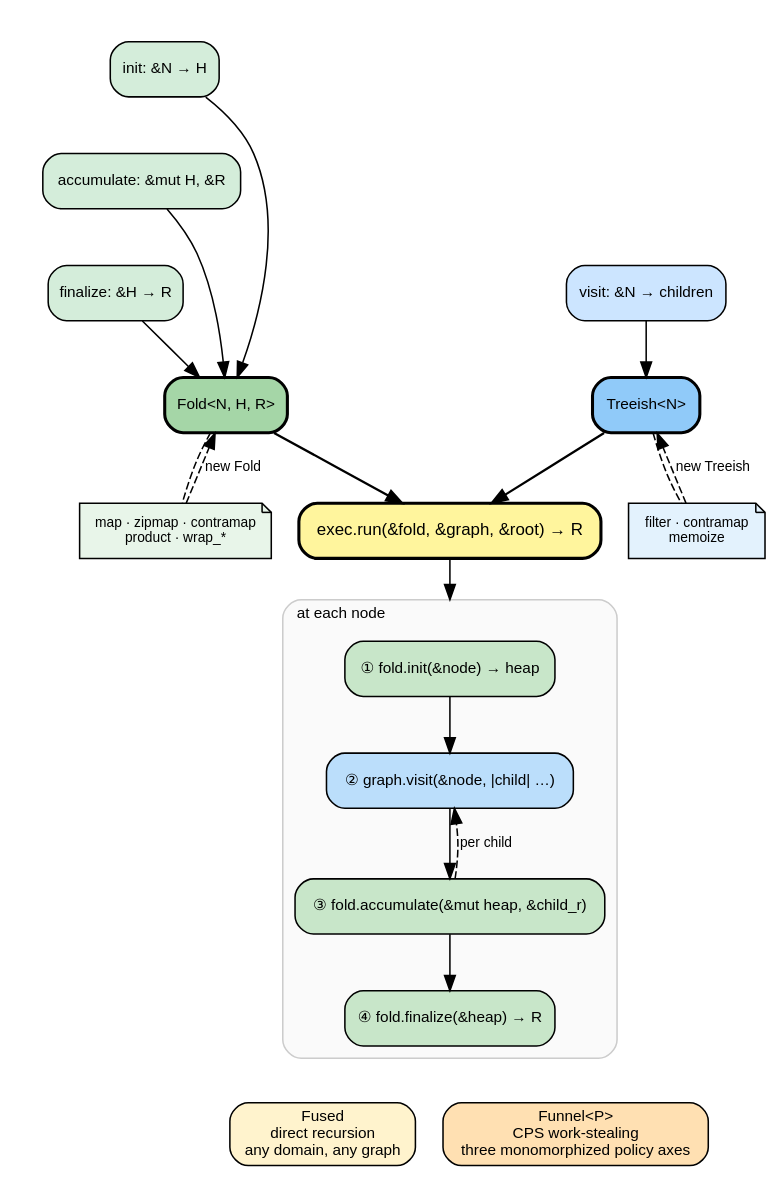
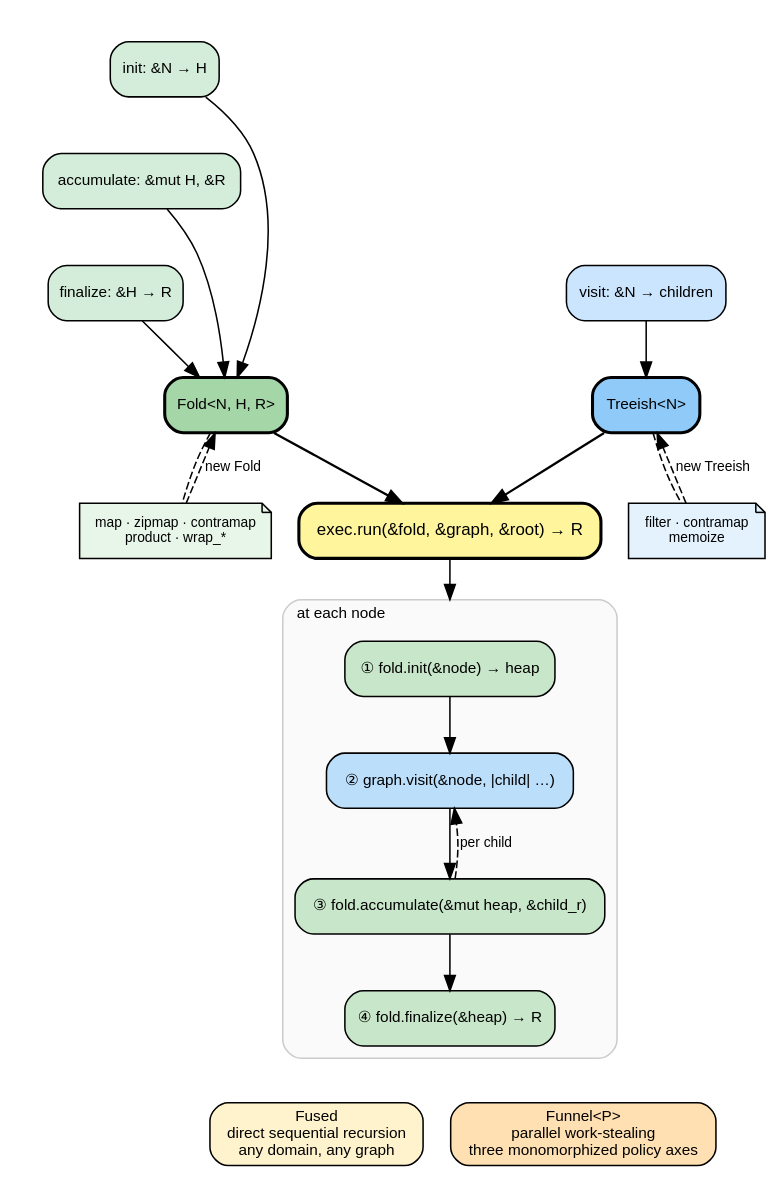
Before and after one commit to hylic-recursion/hylic-docs: the first of 2 diagrams in book/src/intro.md, drawn with Graphviz. The commit also changed other lines of this file and 10 other files, not shown here.

````diff
--- a/book/src/intro.md
+++ b/book/src/intro.md
@@ -44,65 +44,65 @@
 ```dot process
 digraph hylic {
     rankdir=TB;
     compound=true;
     newrank=true;
     node [fontname="sans-serif", fontsize=10, shape=box, style="rounded,filled"];
     edge [fontname="sans-serif", fontsize=9];
 
     subgraph cluster_fold_def {
         label=""; style=invis;
         init [label="init: &N → H", fillcolor="#d4edda"];
         acc  [label="accumulate: &mut H, &R", fillcolor="#d4edda"];
         fin  [label="finalize: &H → R", fillcolor="#d4edda"];
         init -> acc -> fin [style=invis];
     }
 
     subgraph cluster_graph_def {
         label=""; style=invis;
         visit [label="visit: &N → children", fillcolor="#cce5ff"];
     }
 
     fold    [label="Fold<N, H, R>", fillcolor="#a5d6a7", penwidth=2];
     treeish [label="Treeish<N>", fillcolor="#90caf9", penwidth=2];
 
     init -> fold;
     acc  -> fold;
     fin  -> fold;
     visit -> treeish;
 
     fold_t [label="map · zipmap · contramap\nproduct · wrap_*", fillcolor="#e8f5e9", fontsize=9, shape=note];
     tree_t [label="filter · contramap\nmemoize", fillcolor="#e3f2fd", fontsize=9, shape=note];
 
     fold -> fold_t [style=dashed, arrowhead=none];
     fold_t -> fold [style=dashed, label="new Fold"];
     treeish -> tree_t [style=dashed, arrowhead=none];
     tree_t -> treeish [style=dashed, label="new Treeish"];
 
     exec [label="exec.run(&fold, &graph, &root) → R", fillcolor="#fff59d", penwidth=2, fontsize=11];
 
     fold -> exec [penwidth=1.5];
     treeish -> exec [penwidth=1.5];
 
     subgraph cluster_recurse {
         label="at each node"; labeljust=l;
         style="rounded,filled"; fillcolor="#fafafa"; color=grey80;
         fontname="sans-serif"; fontsize=10;
 
         s1 [label="① fold.init(&node) → heap", fillcolor="#c8e6c9"];
         s2 [label="② graph.visit(&node, |child| …)", fillcolor="#bbdefb"];
         s3 [label="③ fold.accumulate(&mut heap, &child_r)", fillcolor="#c8e6c9"];
         s4 [label="④ fold.finalize(&heap) → R", fillcolor="#c8e6c9"];
         s1 -> s2 -> s3 -> s4;
         s3 -> s2 [label="per child", style=dashed, constraint=false];
     }
 
     exec -> s1 [lhead=cluster_recurse];
 
-    fused  [label="Fused\ndirect recursion\nany domain, any graph", fillcolor="#fff3cd"];
-    funnel [label="Funnel<P>\nCPS work-stealing\nthree monomorphized policy axes", fillcolor="#ffe0b2"];
+    fused  [label="Fused\ndirect sequential recursion\nany domain, any graph", fillcolor="#fff3cd"];
+    funnel [label="Funnel<P>\nparallel work-stealing\nthree monomorphized policy axes", fillcolor="#ffe0b2"];
 
     {rank=same; fused; funnel}
     s4 -> fused [style=invis];
     s4 -> funnel [style=invis];
 }
 ```
````
